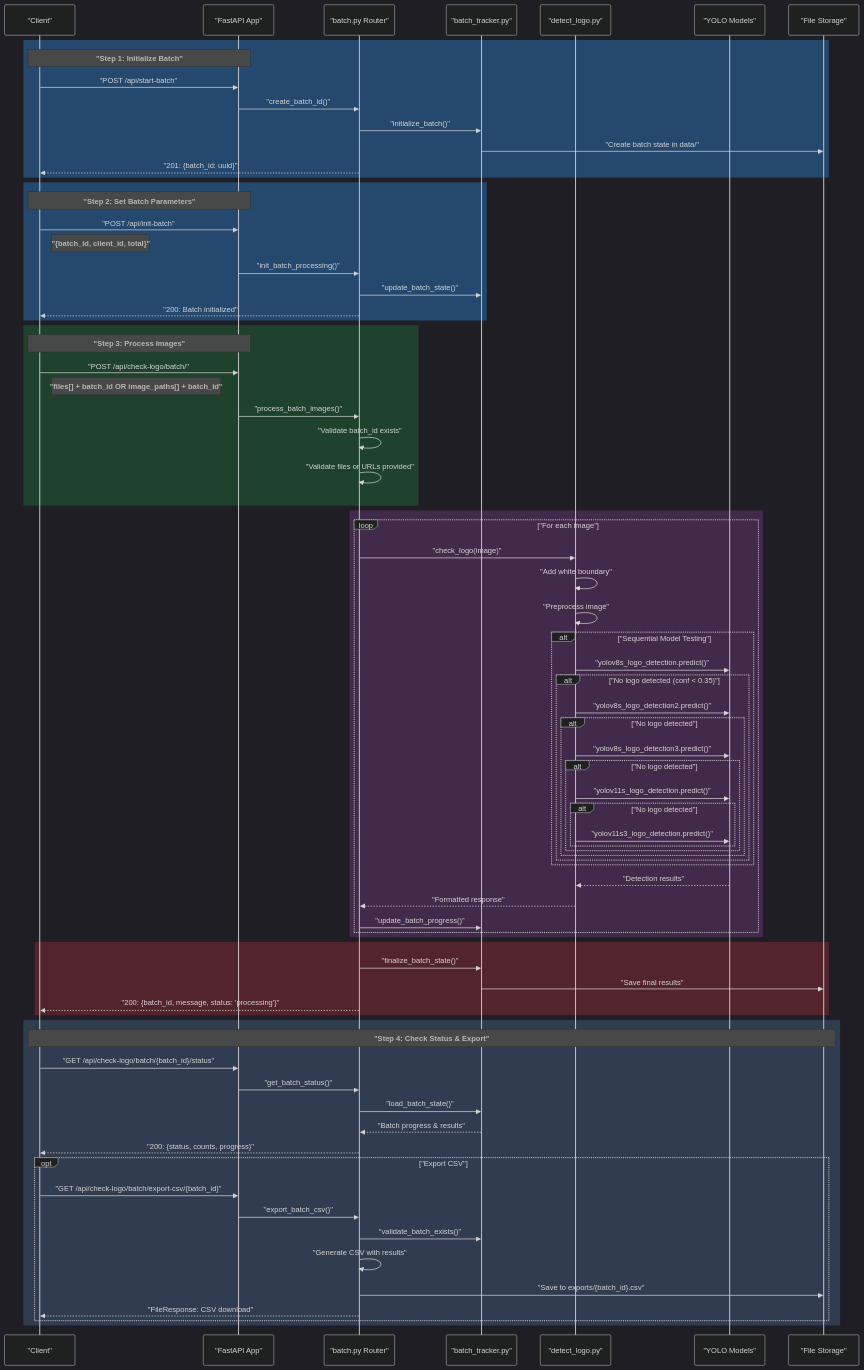
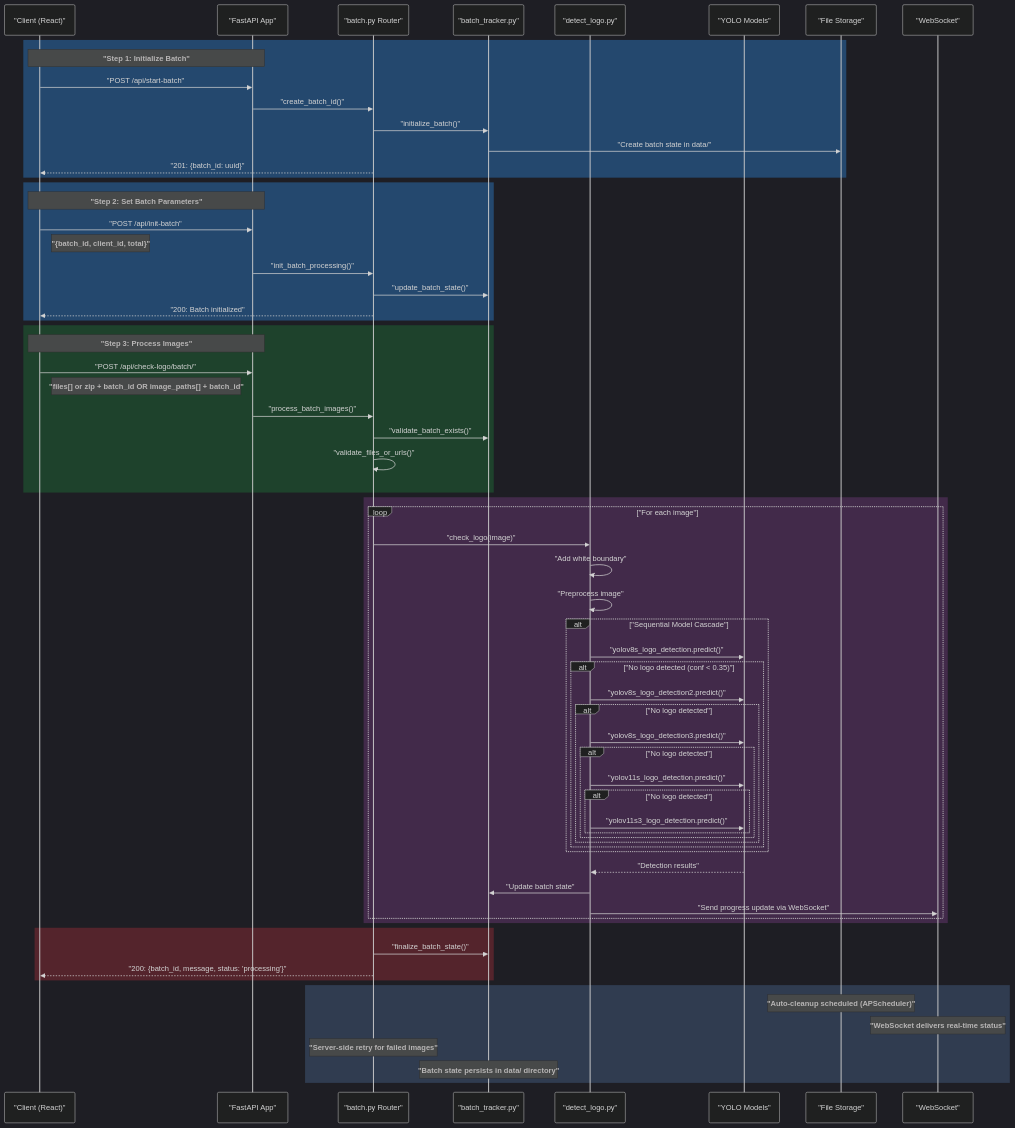
Before and after one commit to Dhruv0306/SymphonyProject1: the diagram in docs/images/Batch Processing Flow.mmd, drawn with Mermaid. The commit also changed 35 other files, not shown here.

First line of the commit message:
docs: update and expand documentation, diagrams, and environment setup

```diff
--- a/docs/images/Batch Processing Flow.mmd
+++ b/docs/images/Batch Processing Flow.mmd
@@ -1,88 +1,75 @@
 %%{init: {'theme': 'dark', 'themeVariables': { 'fontFamily': 'arial', 'fontSize': '18px', 'fontWeight': 'bold', 'messageFontWeight': 'bold', 'noteFontWeight': 'bold'}}}%%
 sequenceDiagram
-    participant C as "Client"
+    participant C as "Client (React)"
     participant A as "FastAPI App"
     participant B as "batch.py Router"
     participant T as "batch_tracker.py"
     participant D as "detect_logo.py"
     participant M as "YOLO Models"
     participant S as "File Storage"
+    participant W as "WebSocket"
 
     rect rgba(40, 100, 160, 0.6)
         Note over C,A: "Step 1: Initialize Batch"
         C->>A: "POST /api/start-batch"
         A->>B: "create_batch_id()"
         B->>T: "initialize_batch()"
         T->>S: "Create batch state in data/"
         B-->>C: "201: {batch_id: uuid}"
     end
 
     rect rgba(40, 100, 160, 0.6)
         Note over C,A: "Step 2: Set Batch Parameters"
         C->>A: "POST /api/init-batch"
         Note right of C: "{batch_id, client_id, total}"
         A->>B: "init_batch_processing()"
         B->>T: "update_batch_state()"
         B-->>C: "200: Batch initialized"
     end
     
     rect rgba(30, 90, 50, 0.6)
         Note over C,A: "Step 3: Process Images"
         C->>A: "POST /api/check-logo/batch/"
-        Note right of C: "files[] + batch_id OR image_paths[] + batch_id"
+        Note right of C: "files[] or zip + batch_id OR image_paths[] + batch_id"
         A->>B: "process_batch_images()"
-        B->>B: "Validate batch_id exists"
-        B->>B: "Validate files or URLs provided"
+        B->>T: "validate_batch_exists()"
+        B->>B: "validate_files_or_urls()"
     end
     
     rect rgba(90, 50, 100, 0.6)
         loop "For each image"
             B->>D: "check_logo(image)"
             D->>D: "Add white boundary"
             D->>D: "Preprocess image"
-            
-            alt "Sequential Model Testing"
+            alt "Sequential Model Cascade"
                 D->>M: "yolov8s_logo_detection.predict()"
                 alt "No logo detected (conf < 0.35)"
                     D->>M: "yolov8s_logo_detection2.predict()"
                     alt "No logo detected"
                         D->>M: "yolov8s_logo_detection3.predict()"
                         alt "No logo detected"
                             D->>M: "yolov11s_logo_detection.predict()"
                             alt "No logo detected"
                                 D->>M: "yolov11s3_logo_detection.predict()"
                             end
                         end
                     end
                 end
             end
-            
             M-->>D: "Detection results"
-            D-->>B: "Formatted response"
-            B->>T: "update_batch_progress()"
+            D->>T: "Update batch state"
+            D->>W: "Send progress update via WebSocket"
         end
     end
-    
+
     rect rgba(120, 40, 50, 0.6)
         B->>T: "finalize_batch_state()"
-        T->>S: "Save final results"
         B-->>C: "200: {batch_id, message, status: 'processing'}"
     end
 
     rect rgba(60, 80, 110, 0.6)
-        Note over C,S: "Step 4: Check Status & Export"
-        C->>A: "GET /api/check-logo/batch/{batch_id}/status"
-        A->>B: "get_batch_status()"
-        B->>T: "load_batch_state()"
-        T-->>B: "Batch progress & results"
-        B-->>C: "200: {status, counts, progress}"
-        
-        opt "Export CSV"
-            C->>A: "GET /api/check-logo/batch/export-csv/{batch_id}"
-            A->>B: "export_batch_csv()"
-            B->>T: "validate_batch_exists()"
-            B->>B: "Generate CSV with results"
-            B->>S: "Save to exports/{batch_id}.csv"
-            B-->>C: "FileResponse: CSV download"
-        end
+        Note over S: "Auto-cleanup scheduled (APScheduler)"
+        Note over W: "WebSocket delivers real-time status"
+        Note over B: "Server-side retry for failed images"
+        Note over T: "Batch state persists in data/ directory"
     end
```
